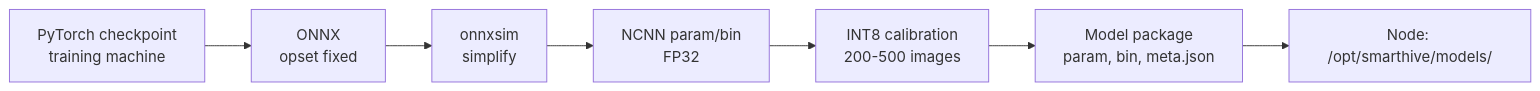
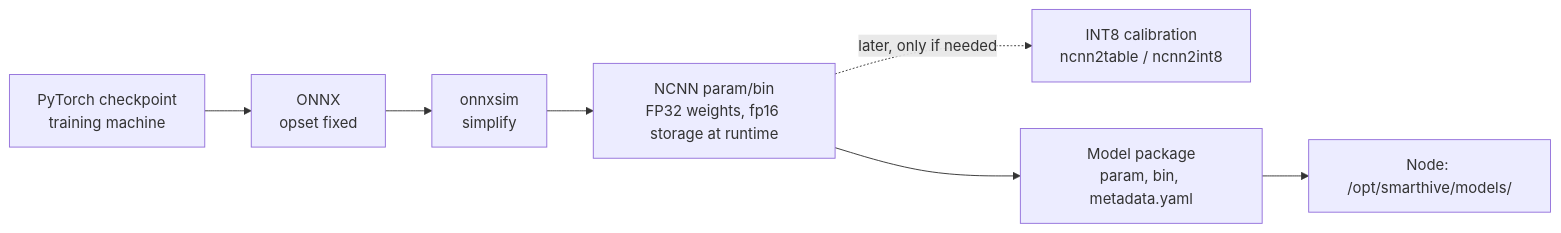
One commit to endlessconflict/SmartHive changed the second of 2 diagrams in docs/03-vision/06-edge-deployment.md. Above: the diagram before and after it, drawn with Mermaid. The commit also changed other lines of this file and 10 other files, not shown here.

````diff
--- a/docs/03-vision/06-edge-deployment.md
+++ b/docs/03-vision/06-edge-deployment.md
@@ -59,9 +65,9 @@
 ```mermaid
 flowchart LR
     PT[PyTorch checkpoint<br/>training machine] --> ONNX[ONNX<br/>opset fixed]
     ONNX --> SIM[onnxsim<br/>simplify]
-    SIM --> NC[NCNN param/bin<br/>FP32]
-    NC --> Q[INT8 calibration<br/>200-500 images]
-    Q --> PKG[Model package<br/>param, bin, meta.json]
+    SIM --> NC[NCNN param/bin<br/>FP32 weights, fp16 storage at runtime]
+    NC -. later, only if needed .-> Q[INT8 calibration<br/>ncnn2table / ncnn2int8]
+    NC --> PKG[Model package<br/>param, bin, metadata.yaml]
     PKG --> NODE[Node: /opt/smarthive/models/]
 ```
````
